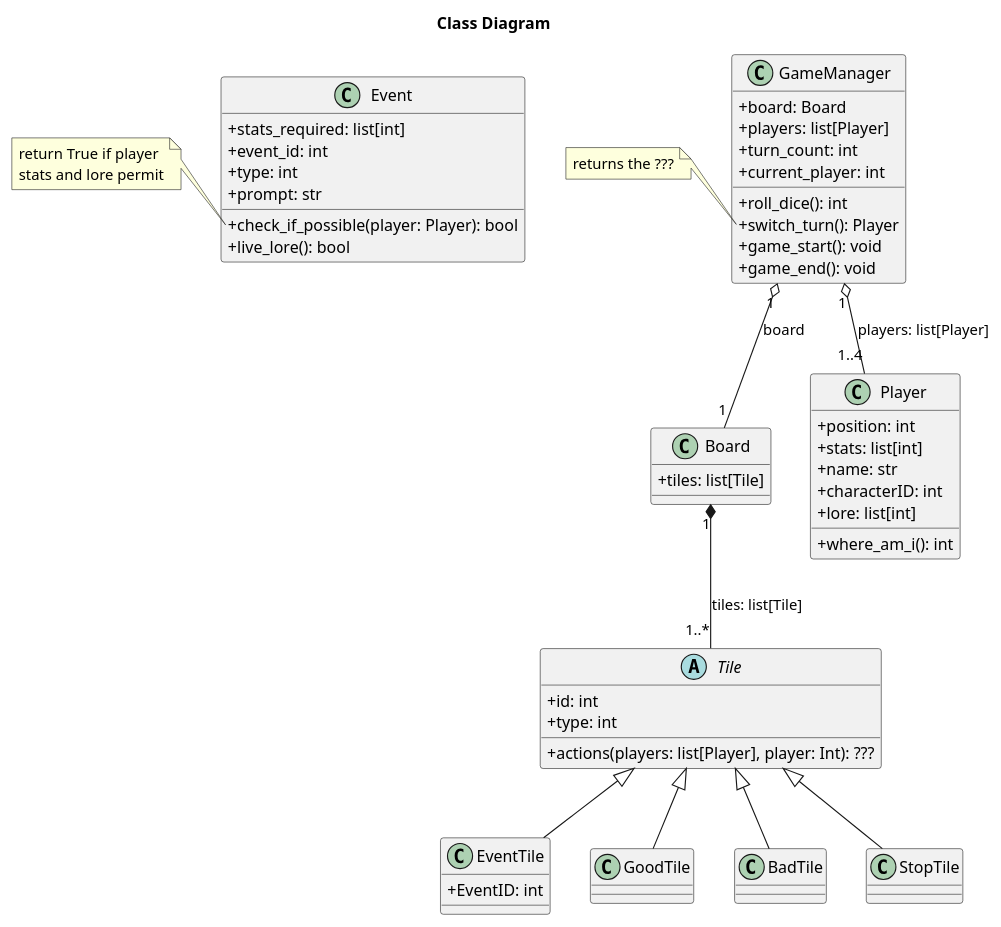
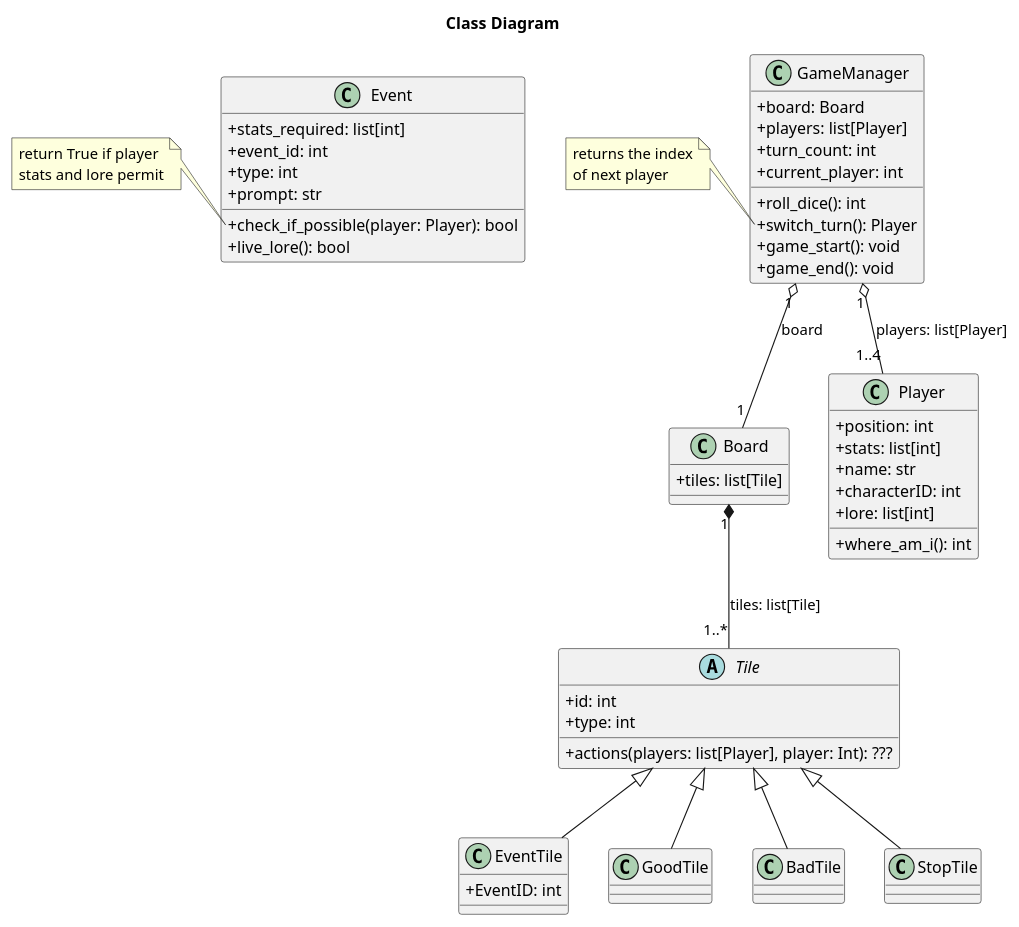
One commit to CSE-362-2025/BoardGameProject changed the diagram in diagrams/class_diagram.puml. Above: the diagram before and after it, drawn with PlantUML.

Commit message:
formatting and cleanup

```diff
--- a/diagrams/class_diagram.puml
+++ b/diagrams/class_diagram.puml
@@ -1,84 +1,82 @@
 @startuml
 title "Class Diagram"
 ' skinparam shadowing false
 skinparam classAttributeIconSize 0
 
 class Board {
     +tiles: list[Tile]
 }
 Board "1" *-- "1..*" Tile: tiles: list[Tile]
-' GameManager *-- Player: players: Player[]
 
 abstract class Tile {
     +id: int
     +type: int
     +actions(players: list[Player], player: Int): ???
 }
 
 class EventTile {
     +EventID: int
-
 }
 
 class GoodTile {
 
 }
 
 class BadTile {
 
 }
 
 class StopTile {
 
 }
-
 
 Tile <|-- EventTile
 Tile <|-- StopTile
 Tile <|-- GoodTile
 Tile <|-- BadTile
 
 class Player {
     +position: int
     +stats: list[int]
     +name: str
     +characterID: int
     +lore: list[int]
 
     ' getter for Player:position
     +where_am_i(): int
 }
 
 class Event {
     +stats_required: list[int]
     +event_id: int
     +type: int
     +prompt: str
     ' check if already encountered this event
     +check_if_possible(player: Player): bool
     ' activate this event, return True if successful
     +live_lore(): bool
 }
 note left of Event::check_if_possible
 return True if player
 stats and lore permit
 end note
 
 class GameManager {
     +board: Board
     +players: list[Player]
     +turn_count: int
     +current_player: int
     +roll_dice(): int
     +switch_turn(): Player
     +game_start(): void
     +game_end(): void
 }
 note left of GameManager::switch_turn
-returns the ???
+returns the index
+of next player
 end note
 GameManager "1" o-- "1..4" Player: players: list[Player]
 GameManager "1" o-- "1" Board: board
 
 
 @enduml
```
